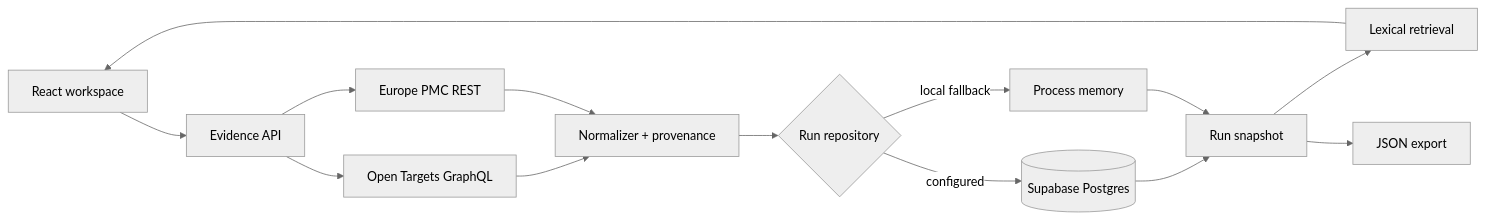
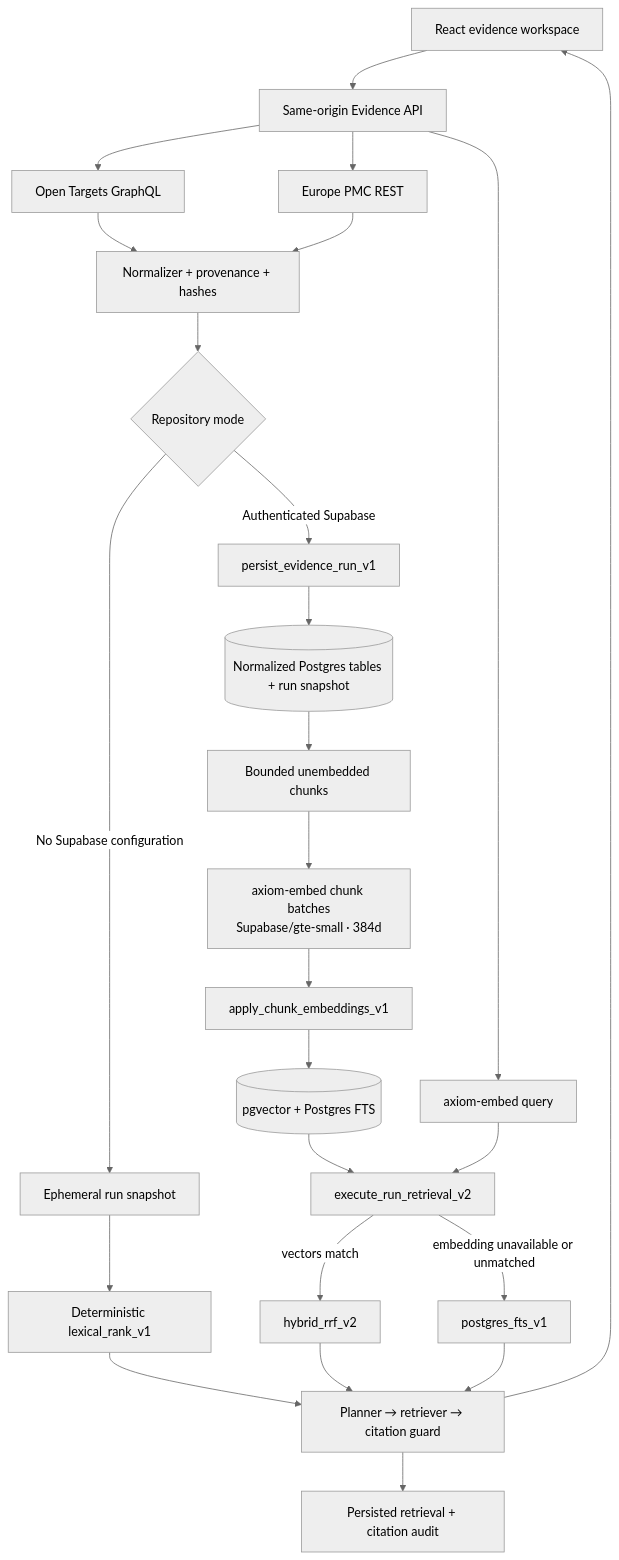
One commit to Gourav2411/axiom-observatory changed the first of 2 diagrams in docs/architecture.md. Above: the diagram before and after it, drawn with Mermaid (neutral theme). The commit also changed other lines of this file and 21 other files, not shown here.

````diff
--- a/docs/architecture.md
+++ b/docs/architecture.md
@@ -16,16 +16,31 @@
 ```mermaid
-flowchart LR
-  UI[React workspace] --> API[Evidence API]
-  API --> OT[Open Targets GraphQL]
-  API --> EPMC[Europe PMC REST]
-  OT --> N[Normalizer + provenance]
+flowchart TB
+  UI["React evidence workspace"] --> API["Same-origin Evidence API"]
+  API --> OT["Open Targets GraphQL"]
+  API --> EPMC["Europe PMC REST"]
+  OT --> N["Normalizer + provenance + hashes"]
   EPMC --> N
-  N --> REPO{Run repository}
-  REPO -->|configured| SB[(Supabase Postgres)]
-  REPO -->|local fallback| MEM[Process memory]
-  SB --> R[Run snapshot]
-  MEM --> R
-  R --> RET[Lexical retrieval]
-  RET --> UI
-  R --> EXP[JSON export]
+
+  N --> MODE{"Repository mode"}
+  MODE -->|"No Supabase configuration"| MEM["Ephemeral run snapshot"]
+  MEM --> LEX["Deterministic lexical_rank_v1"]
+
+  MODE -->|"Authenticated Supabase"| INGEST["persist_evidence_run_v1"]
+  INGEST --> PG[("Normalized Postgres tables + run snapshot")]
+  PG --> CHUNKS["Bounded unembedded chunks"]
+  CHUNKS --> CEMBED["axiom-embed chunk batches<br/>Supabase/gte-small · 384d"]
+  CEMBED --> APPLY["apply_chunk_embeddings_v1"]
+  APPLY --> PGV[("pgvector + Postgres FTS")]
+
+  API --> QEMBED["axiom-embed query"]
+  QEMBED --> RET["execute_run_retrieval_v2"]
+  PGV --> RET
+  RET -->|"vectors match"| HYBRID["hybrid_rrf_v2"]
+  RET -->|"embedding unavailable or unmatched"| FTS["postgres_fts_v1"]
+
+  LEX --> TRACE["Planner → retriever → citation guard"]
+  HYBRID --> TRACE
+  FTS --> TRACE
+  TRACE --> UI
+  TRACE --> AUDIT["Persisted retrieval + citation audit"]
 ```
````
